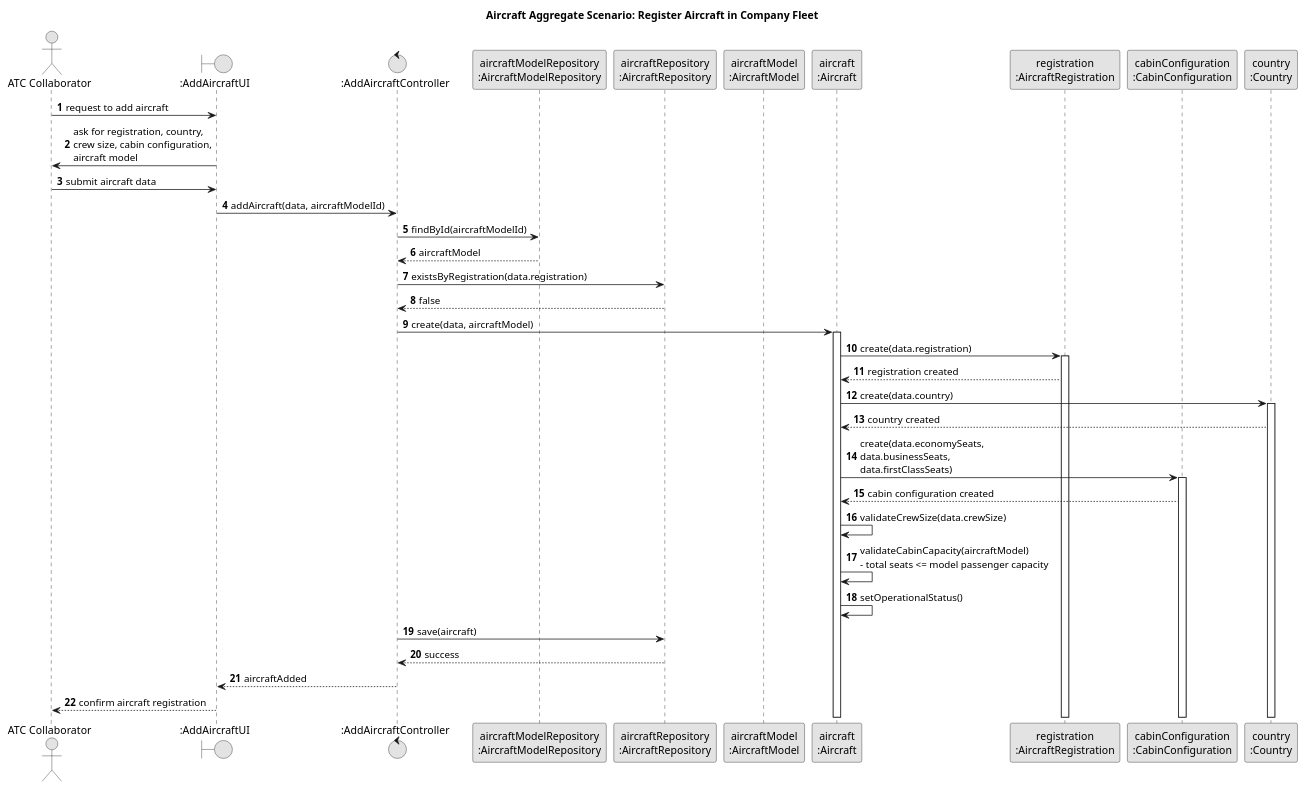
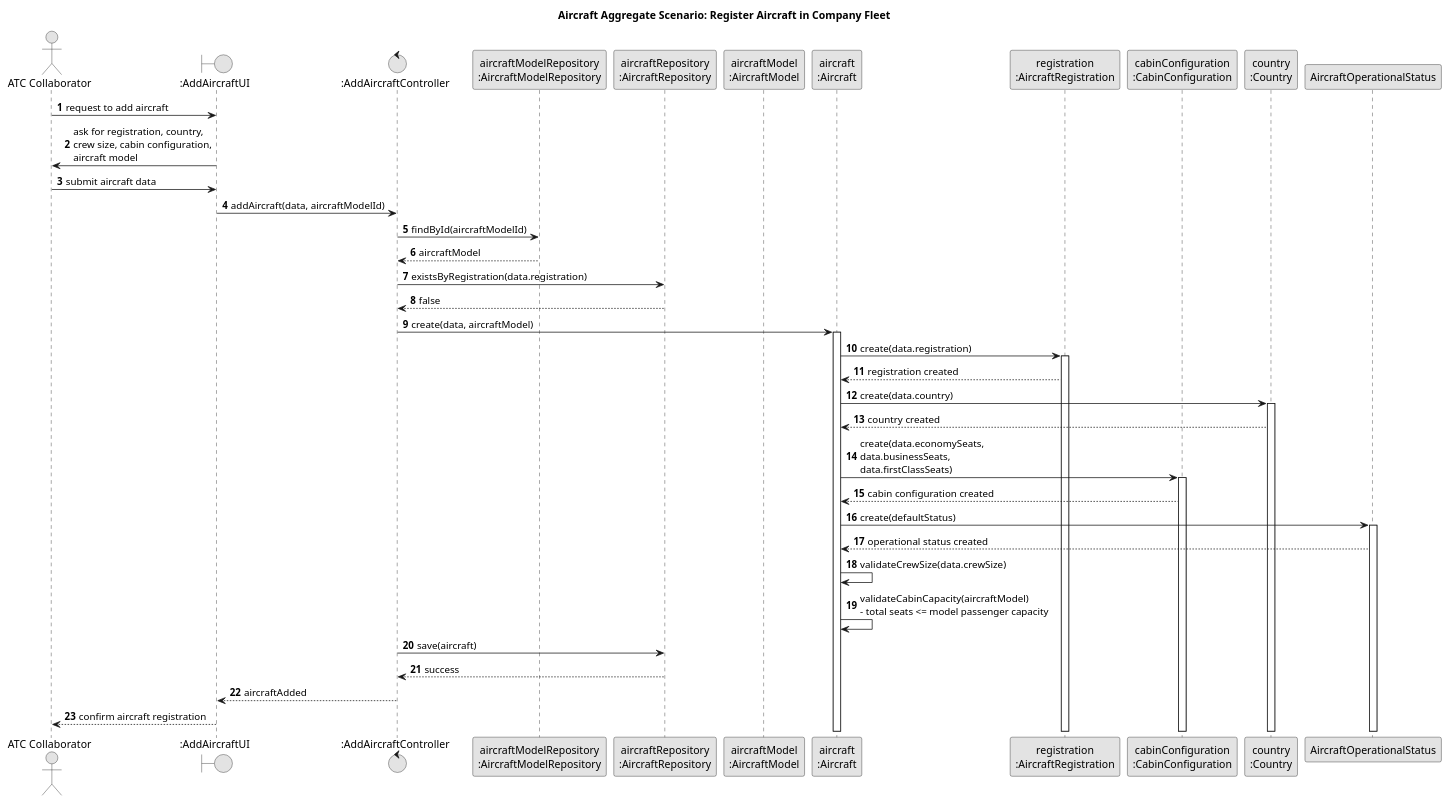
Before and after one commit to GustavoFerreira24/flight-management-platform: the diagram in docs/global-artifacts/03.design/puml/AircraftAggregate-SD.puml, drawn with PlantUML. The commit also changed 5 other files, not shown here.

```diff
--- a/docs/global-artifacts/03.design/puml/AircraftAggregate-SD.puml
+++ b/docs/global-artifacts/03.design/puml/AircraftAggregate-SD.puml
@@ -1,54 +1,56 @@
 @startuml
 title Aircraft Aggregate Scenario: Register Aircraft in Company Fleet
 
 skinparam monochrome true
 skinparam packageStyle rectangle
 skinparam shadowing false
 
 autonumber
 
 actor "ATC Collaborator" as ATC
 boundary ":AddAircraftUI" as UI
 control ":AddAircraftController" as C
 participant "aircraftModelRepository\n:AircraftModelRepository" as AircraftModelRepo
 participant "aircraftRepository\n:AircraftRepository" as AircraftRepo
 participant "aircraftModel\n:AircraftModel" as AircraftModel
 participant "aircraft\n:Aircraft" as Aircraft
 participant "registration\n:AircraftRegistration" as Registration
 participant "cabinConfiguration\n:CabinConfiguration" as CabinConfiguration
 participant "country\n:Country" as Country
 
 ATC -> UI : request to add aircraft
 UI -> ATC : ask for registration, country,\ncrew size, cabin configuration,\naircraft model
 
 ATC -> UI : submit aircraft data
 UI -> C : addAircraft(data, aircraftModelId)
 
 C -> AircraftModelRepo : findById(aircraftModelId)
 AircraftModelRepo --> C : aircraftModel
 
 C -> AircraftRepo : existsByRegistration(data.registration)
 AircraftRepo --> C : false
 
 C -> Aircraft ++ : create(data, aircraftModel)
 
 Aircraft -> Registration ++ : create(data.registration)
 Registration --> Aircraft : registration created
 
 Aircraft -> Country ++ : create(data.country)
 Country --> Aircraft : country created
 
 Aircraft -> CabinConfiguration ++ : create(data.economySeats,\ndata.businessSeats,\ndata.firstClassSeats)
 CabinConfiguration --> Aircraft : cabin configuration created
 
+Aircraft -> AircraftOperationalStatus ++ : create(defaultStatus)
+AircraftOperationalStatus --> Aircraft : operational status created
+
 Aircraft -> Aircraft : validateCrewSize(data.crewSize)
 Aircraft -> Aircraft : validateCabinCapacity(aircraftModel)\n- total seats <= model passenger capacity
-Aircraft -> Aircraft : setOperationalStatus()
 
 C -> AircraftRepo : save(aircraft)
 AircraftRepo --> C : success
 
 C --> UI : aircraftAdded
 UI --> ATC : confirm aircraft registration
 
 @enduml
```
